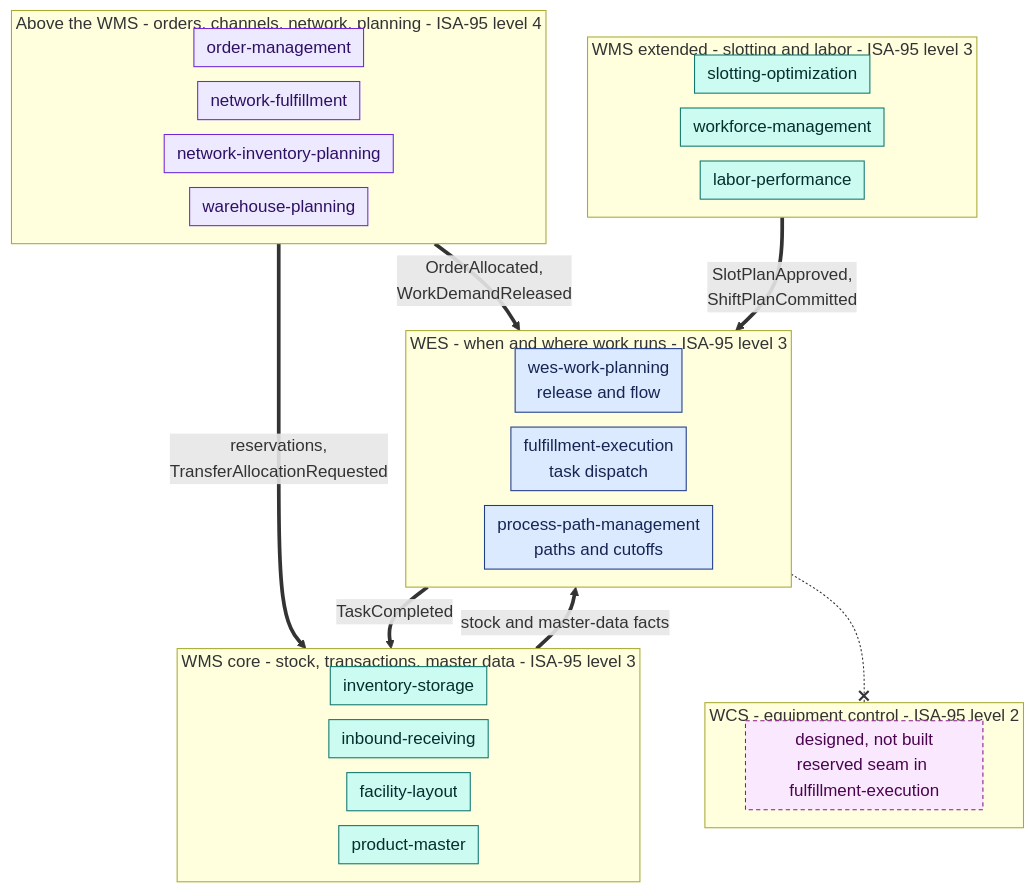
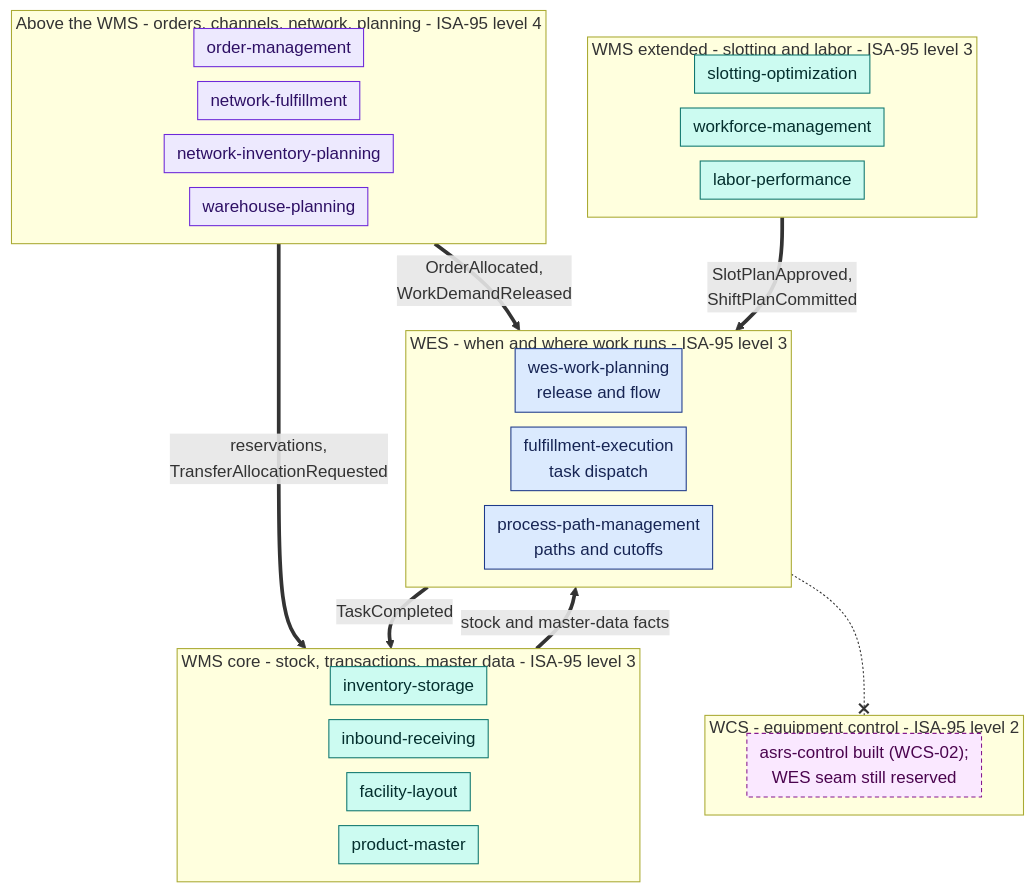
One commit to IQVO/warehouse-docs changed the diagram in docs/wms-wes/index.md. Above: the diagram before and after it, drawn with Mermaid. The commit also changed 6 other files, not shown here.

First line of the commit message:
docs: asrs-control is built — Event Standard row, status flips, and the two fleet rules it earned

````diff
--- a/docs/wms-wes/index.md
+++ b/docs/wms-wes/index.md
@@ -22,48 +22,48 @@
 ```mermaid
 %%{init: {"flowchart": {"nodeSpacing": 14, "rankSpacing": 34, "padding": 6}}}%%
 flowchart TB
     subgraph ABOVE["Above the WMS - orders, channels, network, planning - ISA-95 level 4"]
         direction LR
         OM["order-management"]
         NF["network-fulfillment"]
         NIP["network-inventory-planning"]
         WPL["warehouse-planning"]
     end
     subgraph WES["WES - when and where work runs - ISA-95 level 3"]
         direction LR
         WWP["wes-work-planning<br/>release and flow"]
         FE["fulfillment-execution<br/>task dispatch"]
         PPM["process-path-management<br/>paths and cutoffs"]
     end
     subgraph WMSC["WMS core - stock, transactions, master data - ISA-95 level 3"]
         direction LR
         INV["inventory-storage"]
         INB["inbound-receiving"]
         FL["facility-layout"]
         PM["product-master"]
     end
     subgraph WMSX["WMS extended - slotting and labor - ISA-95 level 3"]
         direction LR
         SO["slotting-optimization"]
         WFM["workforce-management"]
         LP["labor-performance"]
     end
     subgraph WCS["WCS - equipment control - ISA-95 level 2"]
-        NOWCS["designed, not built<br/>reserved seam in fulfillment-execution"]
+        NOWCS["asrs-control built (WCS-02);<br/>WES seam still reserved"]
     end
     ABOVE ==>|"OrderAllocated,<br/>WorkDemandReleased"| WES
     ABOVE ==>|"reservations,<br/>TransferAllocationRequested"| WMSC
     WMSC ==>|"stock and master-data facts"| WES
     WMSX ==>|"SlotPlanApproved,<br/>ShiftPlanCommitted"| WES
     WES ==>|"TaskCompleted"| WMSC
     WES -.-x WCS
 
     classDef above fill:#ede9fe,stroke:#6d28d9,color:#2e1065
     classDef wes fill:#dbeafe,stroke:#1e3a8a,color:#172554
     classDef wms fill:#ccfbf1,stroke:#0f766e,color:#042f2e
     classDef gap fill:#fae8ff,stroke:#86198f,color:#4a044e,stroke-dasharray: 4 3
     class OM,NF,NIP,WPL above
     class WWP,FE,PPM wes
     class INV,INB,FL,PM,SO,WFM,LP wms
     class NOWCS gap
 ```
````
